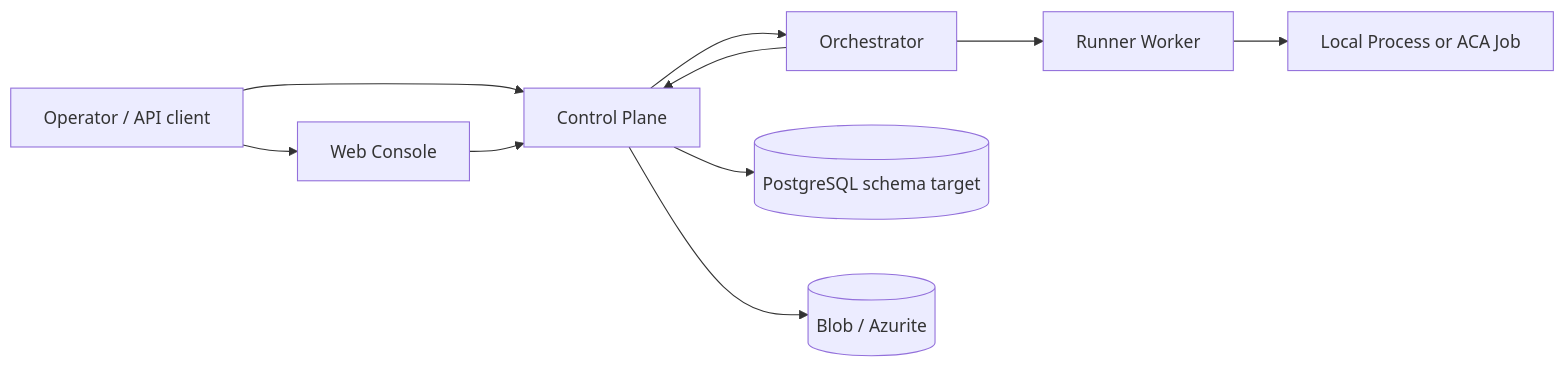
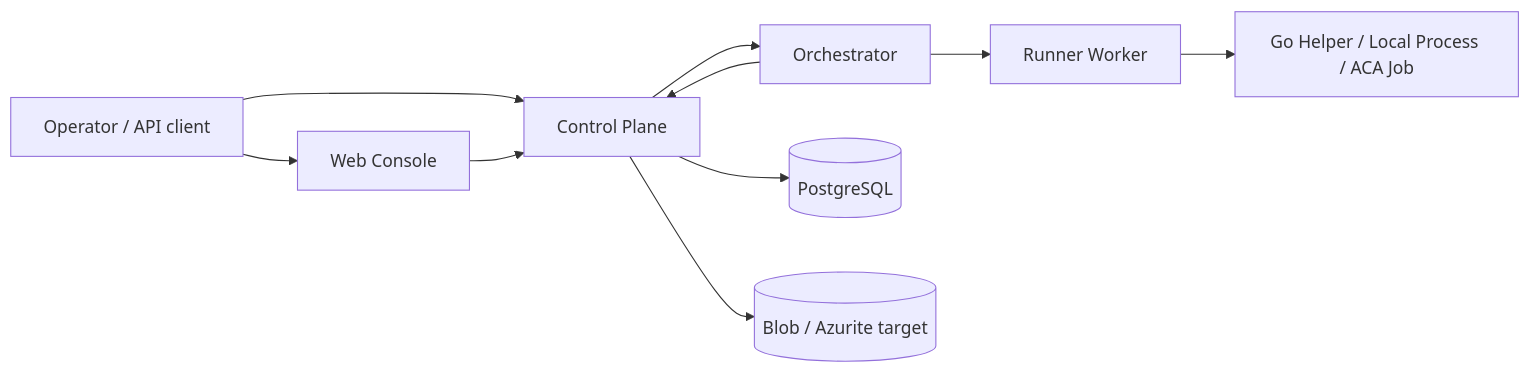
Before and after one commit to aldoapicella/flogo-agent-platform: the first of 4 diagrams in docs/architecture.md, drawn with Mermaid. The commit also changed other lines of this file and 39 other files, not shown here.

````diff
--- a/docs/architecture.md
+++ b/docs/architecture.md
@@ -24,12 +72,12 @@
 ```mermaid
 flowchart LR
   U[Operator / API client] --> W[Web Console]
   U --> CP[Control Plane]
   W --> CP
   CP --> O[Orchestrator]
   O --> RW[Runner Worker]
   O --> CP
-  RW --> J[Local Process or ACA Job]
-  CP --> PG[(PostgreSQL schema target)]
-  CP --> AZ[(Blob / Azurite)]
+  RW --> H[Go Helper / Local Process / ACA Job]
+  CP --> PG[(PostgreSQL)]
+  CP --> BL[(Blob / Azurite target)]
 ```
````
